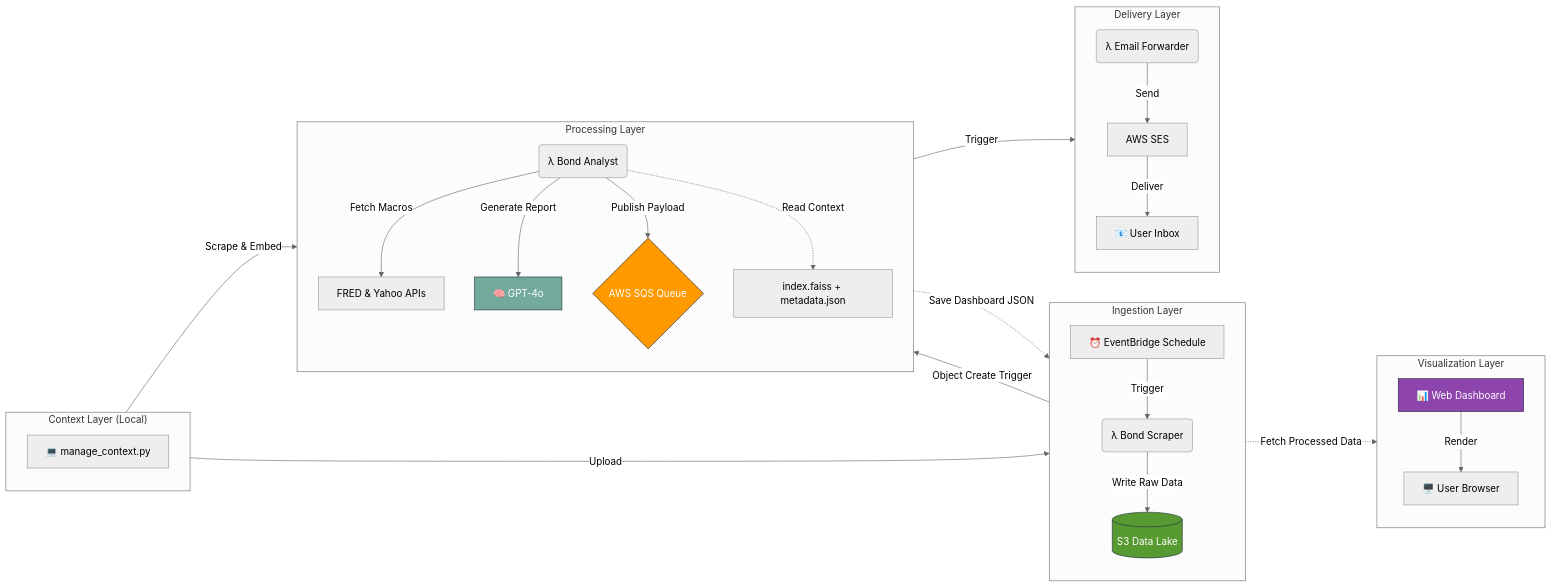
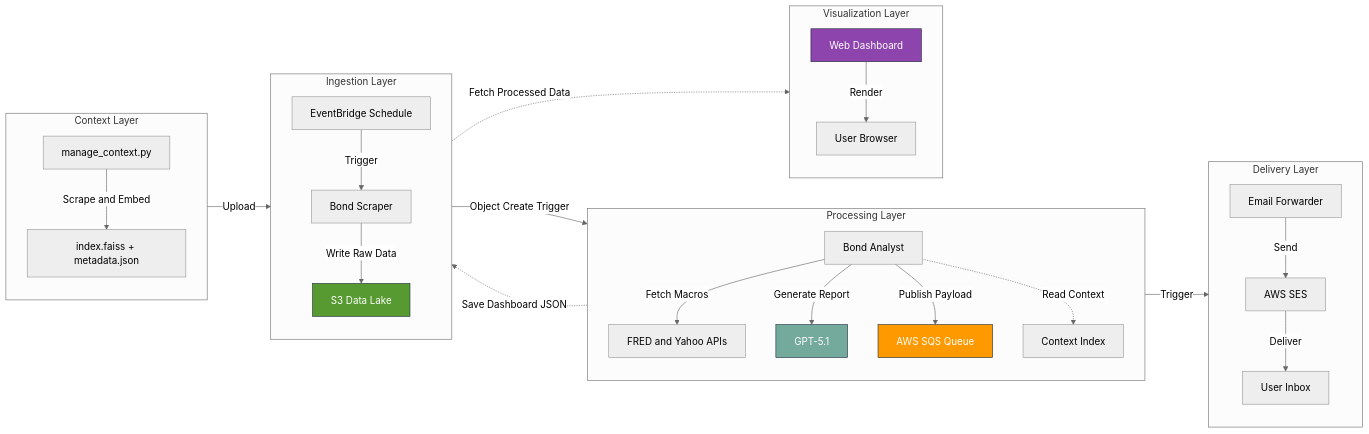
One commit to ni1z3r0/serverless-bond-analyst changed the diagram in README.md. Above: the diagram before and after it, drawn with Mermaid (neutral theme). The commit also changed other lines of this file and 2 other files, not shown here.

````diff
--- a/README.md
+++ b/README.md
@@ -78,46 +146,45 @@
 ```mermaid
 graph LR
-    subgraph "Ingestion Layer"
+    subgraph Ingestion["Ingestion Layer"]
         direction TB
-        Scheduler["⏰ EventBridge Schedule"] -->|Trigger| Scraper("λ Bond Scraper")
-        Scraper -->|Write Raw Data| S3[(S3 Data Lake)]
+        Scheduler["EventBridge Schedule"] -->|Trigger| Scraper["Bond Scraper"]
+        Scraper -->|Write Raw Data| S3["S3 Data Lake"]
     end
 
-    subgraph "Processing Layer"
+    subgraph Processing["Processing Layer"]
         direction TB
-        Analyst(λ Bond Analyst) -->|Fetch Macros| API["FRED & Yahoo APIs"]
-        Analyst -->|Generate Report| GPT["🧠 GPT-4o"]
-        Analyst -->|Publish Payload| SQS{"AWS SQS Queue"}
-        
-        %% The Critical Link: Analyst updates S3 with processed data
-        Analyst -.->|Save Dashboard JSON| S3
-        Analyst -.->|Read Context| Context[(Context Index)]
+        Analyst["Bond Analyst"] -->|Fetch Macros| API["FRED and Yahoo APIs"]
+        Analyst -->|Generate Report| GPT["GPT-5.1"]
+        Analyst -->|Publish Payload| SQS["AWS SQS Queue"]
+        Analyst -.->|Read Context| ContextIdx["Context Index"]
     end
 
-    subgraph "Context Layer (Local)"
+    subgraph Context["Context Layer"]
         direction TB
-        CLI["💻 manage_context.py"] -->|Scrape & Embed| Context["index.faiss + metadata.json"]
-        CLI -->|Upload| S3
+        CLI["manage_context.py"] -->|Scrape and Embed| ContextFiles["index.faiss + metadata.json"]
     end
 
-    subgraph "Delivery Layer"
+    subgraph Delivery["Delivery Layer"]
         direction TB
-        Mailer("λ Email Forwarder") -->|Send| SES[AWS SES]
-        SES -->|Deliver| Inbox["📧 User Inbox"]
+        Mailer["Email Forwarder"] -->|Send| SES["AWS SES"]
+        SES -->|Deliver| Inbox["User Inbox"]
     end
 
-    subgraph "Visualization Layer"
+    subgraph Visualization["Visualization Layer"]
         direction TB
-        Dashboard["📊 Web Dashboard"] -->|Render| Browser["🖥️ User Browser"]
+        Dashboard["Web Dashboard"] -->|Render| Browser["User Browser"]
     end
 
-    %% Critical Workflow Connections
+    %% Cross-Subgraph Connections (Moved here to preserve layout)
     S3 -->|Object Create Trigger| Analyst
+    Analyst -.->|Save Dashboard JSON| S3
+    CLI -->|Upload| S3
     SQS -->|Trigger| Mailer
     S3 -.->|Fetch Processed Data| Dashboard
-    
+  
+    %% Styling
     style SQS fill:#ff9900,stroke:#232f3e,color:white
     style S3 fill:#569a31,stroke:#232f3e,color:white
     style GPT fill:#74aa9c,stroke:#232f3e,color:white
     style Dashboard fill:#8e44ad,stroke:#232f3e,color:white
 ```
````
